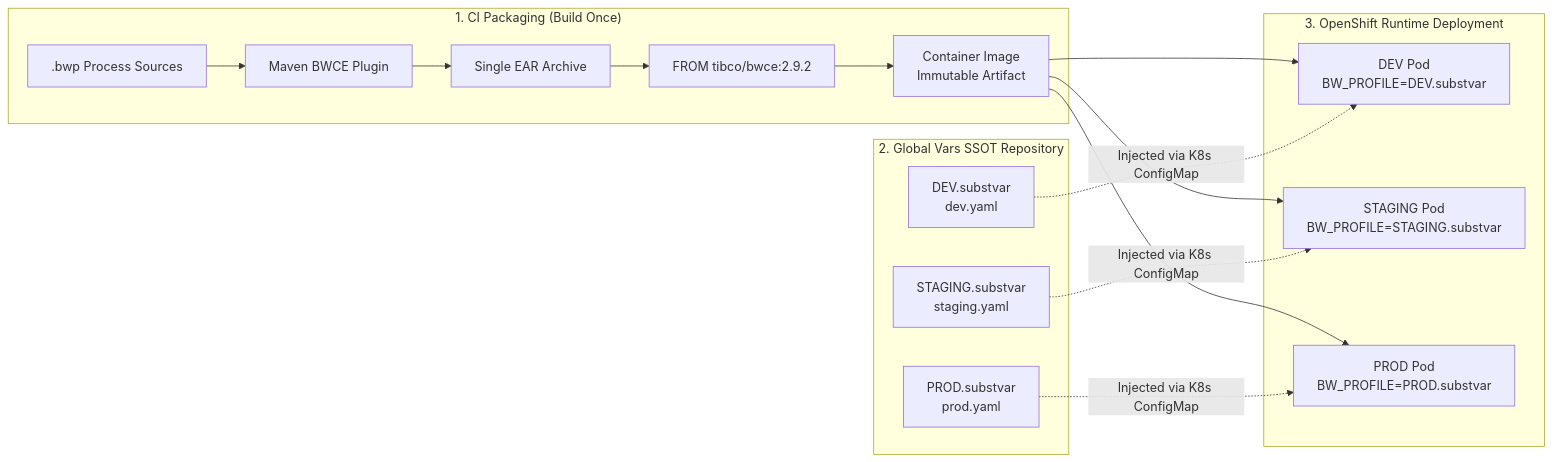
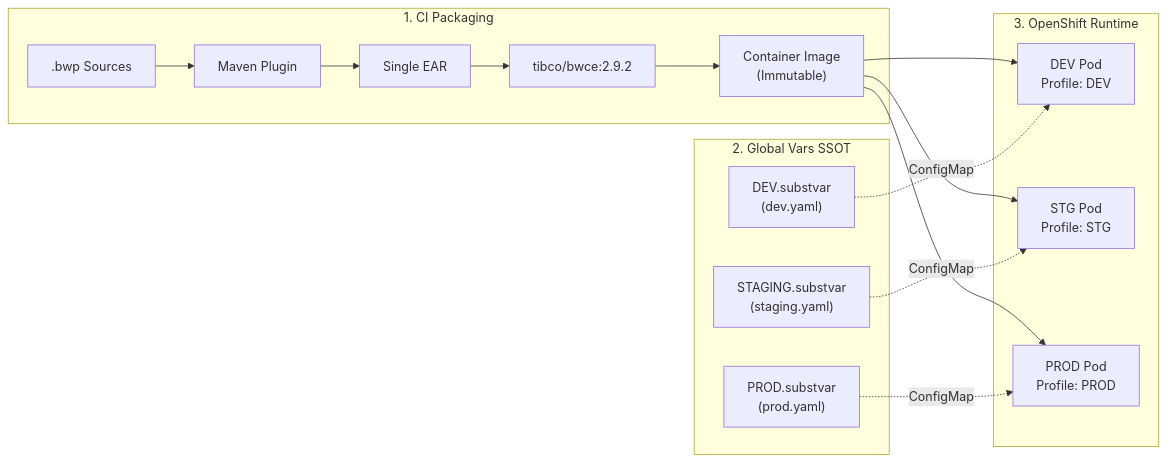
The second of 10 diagrams in README.md (nubenetes/jenkins-git-parameter-bwce), drawn with Mermaid before and after one commit. The commit also changed other lines of this file, not shown here.

Commit message:
fix(docs): format all diagram nodes with compact line lengths to prevent browser text clipping

````diff
--- a/README.md
+++ b/README.md
@@ -144,25 +144,25 @@
 ```mermaid
 flowchart LR
-    subgraph BuildTime ["1. CI Packaging (Build Once)"]
-        Source[".bwp Process Sources"] --> Maven["Maven BWCE Plugin"]
-        Maven --> EAR["Single EAR Archive"]
-        EAR --> BaseImage["FROM tibco/bwce:2.9.2"]
-        BaseImage --> Image["Container Image<br/>Immutable Artifact"]
+    subgraph BuildTime ["1. CI Packaging"]
+        Source[".bwp Sources"] --> Maven["Maven Plugin"]
+        Maven --> EAR["Single EAR"]
+        EAR --> BaseImage["tibco/bwce:2.9.2"]
+        BaseImage --> Image["Container Image<br/>(Immutable)"]
     end
 
-    subgraph GitOpsSSOT ["2. Global Vars SSOT Repository"]
-        DevVars["DEV.substvar<br/>dev.yaml"]
-        StgVars["STAGING.substvar<br/>staging.yaml"]
-        PrdVars["PROD.substvar<br/>prod.yaml"]
+    subgraph GitOpsSSOT ["2. Global Vars SSOT"]
+        DevVars["DEV.substvar<br/>(dev.yaml)"]
+        StgVars["STAGING.substvar<br/>(staging.yaml)"]
+        PrdVars["PROD.substvar<br/>(prod.yaml)"]
     end
 
-    subgraph RuntimeDeploy ["3. OpenShift Runtime Deployment"]
-        Image --> OCPDev["DEV Pod<br/>BW_PROFILE=DEV.substvar"]
-        Image --> OCPStg["STAGING Pod<br/>BW_PROFILE=STAGING.substvar"]
-        Image --> OCPPrd["PROD Pod<br/>BW_PROFILE=PROD.substvar"]
+    subgraph RuntimeDeploy ["3. OpenShift Runtime"]
+        Image --> OCPDev["DEV Pod<br/>Profile: DEV"]
+        Image --> OCPStg["STG Pod<br/>Profile: STG"]
+        Image --> OCPPrd["PROD Pod<br/>Profile: PROD"]
 
-        DevVars -.->|Injected via K8s ConfigMap| OCPDev
-        StgVars -.->|Injected via K8s ConfigMap| OCPStg
-        PrdVars -.->|Injected via K8s ConfigMap| OCPPrd
+        DevVars -.->|"ConfigMap"| OCPDev
+        StgVars -.->|"ConfigMap"| OCPStg
+        PrdVars -.->|"ConfigMap"| OCPPrd
     end
 ```
````
